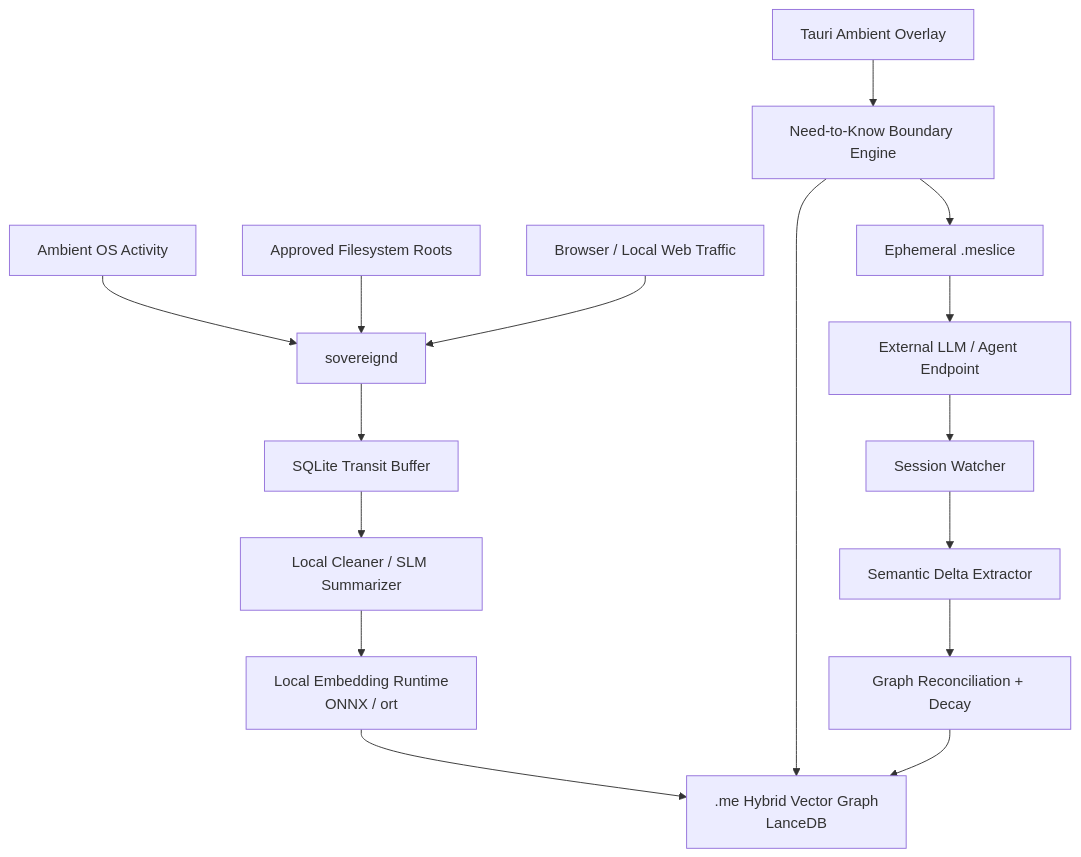
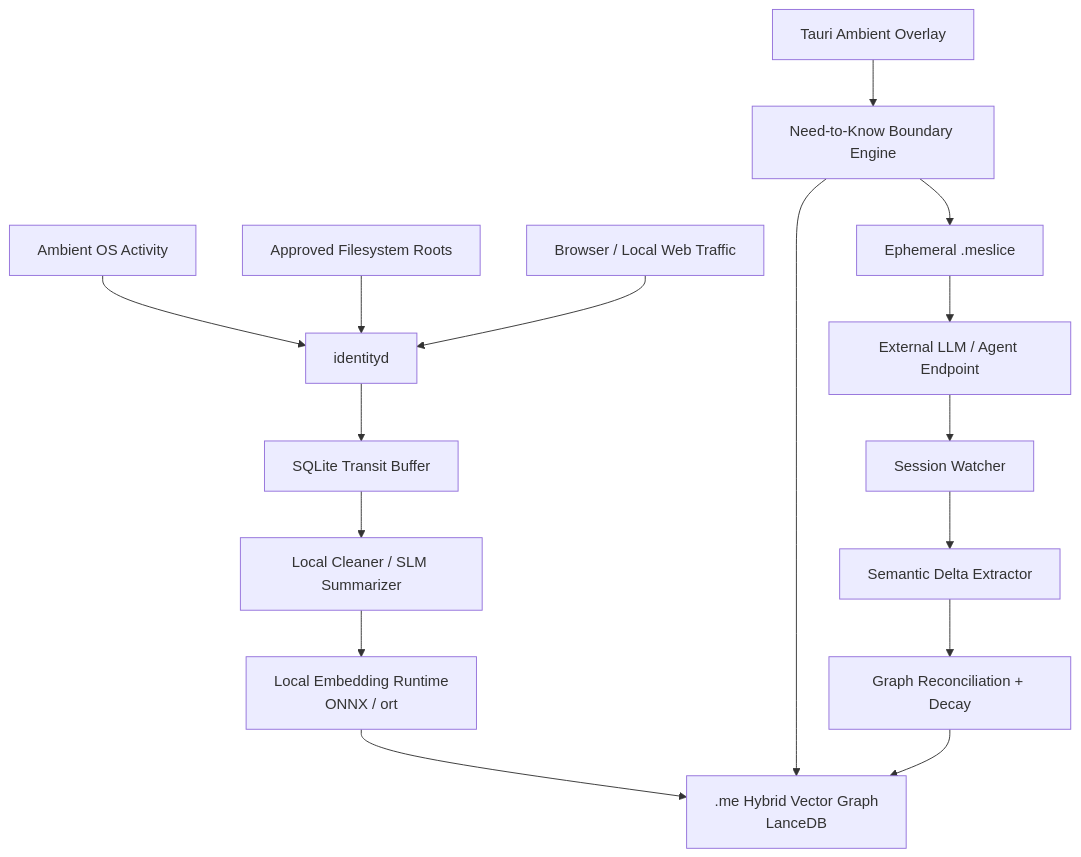
The second of 15 diagrams in docs/system-map.md (FiNdAlMkSkInDaL/Identity), drawn with Mermaid before and after one commit. The commit also changed other lines of this file and 32 other files, not shown here.

````diff
--- a/docs/system-map.md
+++ b/docs/system-map.md
@@ -68,36 +85,36 @@
 ```mermaid
 flowchart TD
     OS["Ambient OS Activity"]
     Files["Approved Filesystem Roots"]
     Browser["Browser / Local Web Traffic"]
     Overlay["Tauri Ambient Overlay"]
-    Daemon["sovereignd"]
+    Daemon["identityd"]
     Transit["SQLite Transit Buffer"]
     Cleaner["Local Cleaner / SLM Summarizer"]
     Embedder["Local Embedding Runtime\nONNX / ort"]
     MeGraph[".me Hybrid Vector Graph\nLanceDB"]
     Boundary["Need-to-Know Boundary Engine"]
     Meslice["Ephemeral .meslice"]
     Remote["External LLM / Agent Endpoint"]
     Watcher["Session Watcher"]
     Delta["Semantic Delta Extractor"]
     Reconcile["Graph Reconciliation + Decay"]
 
     OS --> Daemon
     Files --> Daemon
     Browser --> Daemon
     Overlay --> Boundary
 
     Daemon --> Transit
     Transit --> Cleaner
     Cleaner --> Embedder
     Embedder --> MeGraph
 
     Boundary --> MeGraph
     Boundary --> Meslice
     Meslice --> Remote
     Remote --> Watcher
     Watcher --> Delta
     Delta --> Reconcile
     Reconcile --> MeGraph
 ```
````
